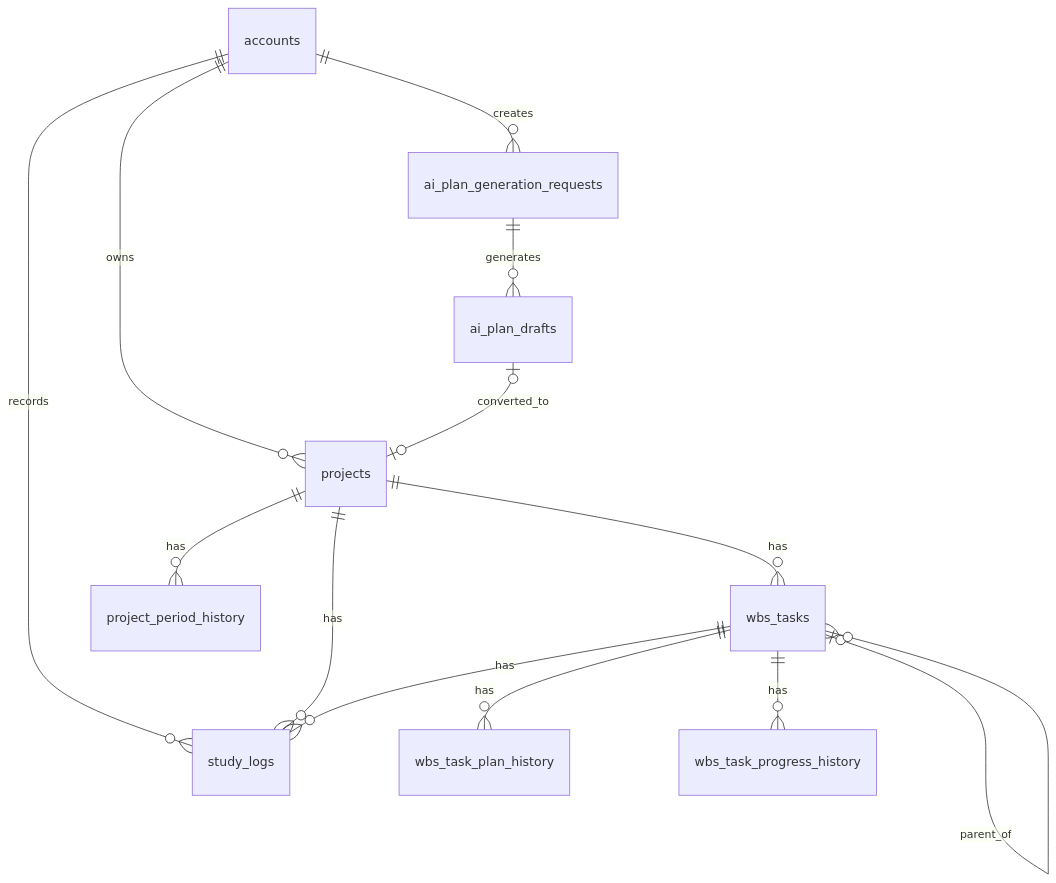
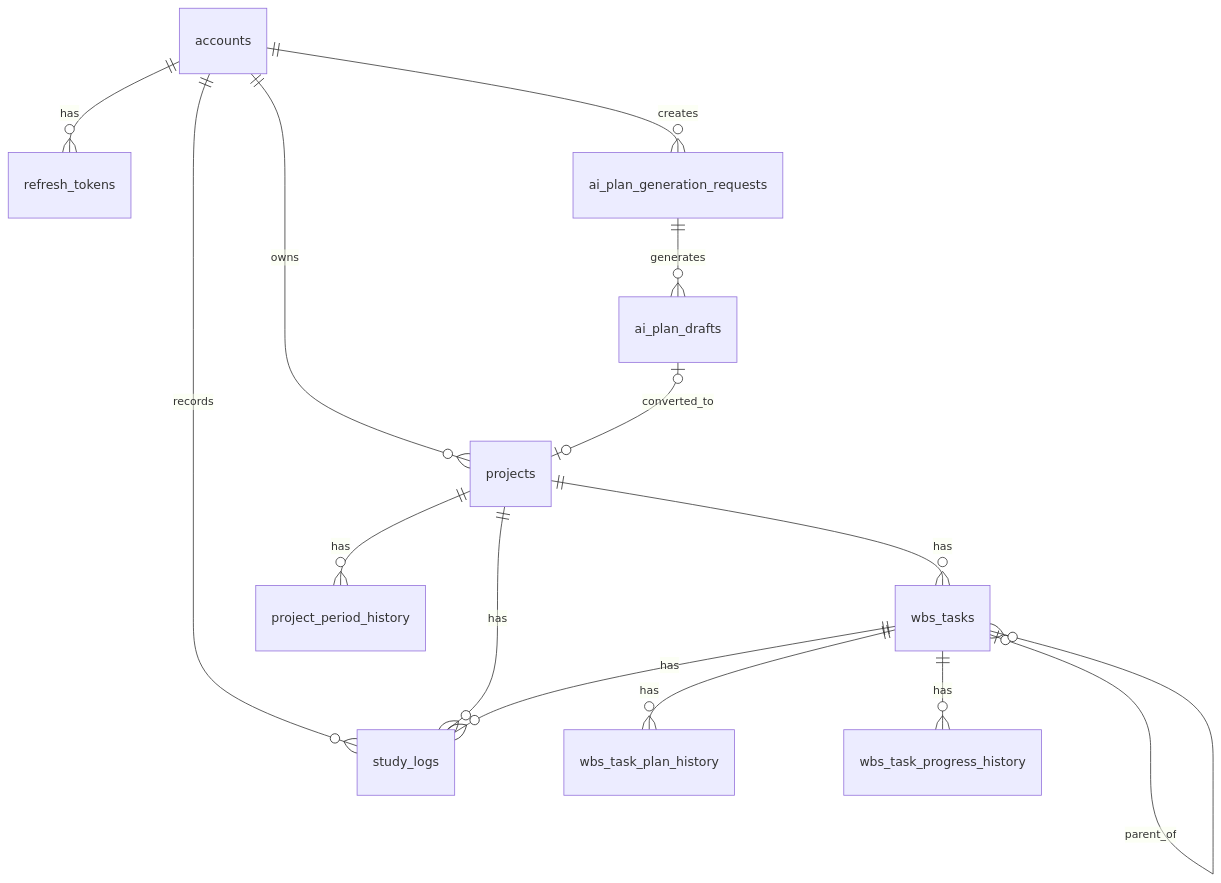
One commit to ichime-develop/study-pm changed the diagram in docs/basic-design/data-model.md. Above: the diagram before and after it, drawn with Mermaid. The commit also changed other lines of this file and 6 other files, not shown here.

````diff
--- a/docs/basic-design/data-model.md
+++ b/docs/basic-design/data-model.md
@@ -221,18 +236,19 @@
 ```mermaid
 erDiagram
     accounts ||--o{ projects : owns
+    accounts ||--o{ refresh_tokens : has
     accounts ||--o{ study_logs : records
     accounts ||--o{ ai_plan_generation_requests : creates
 
     projects ||--o{ wbs_tasks : has
     projects ||--o{ project_period_history : has
     projects ||--o{ study_logs : has
 
     wbs_tasks |o--o{ wbs_tasks : parent_of
     wbs_tasks ||--o{ wbs_task_plan_history : has
     wbs_tasks ||--o{ wbs_task_progress_history : has
     wbs_tasks ||--o{ study_logs : has
 
     ai_plan_generation_requests ||--o{ ai_plan_drafts : generates
     ai_plan_drafts |o--o| projects : converted_to
 ```
````
